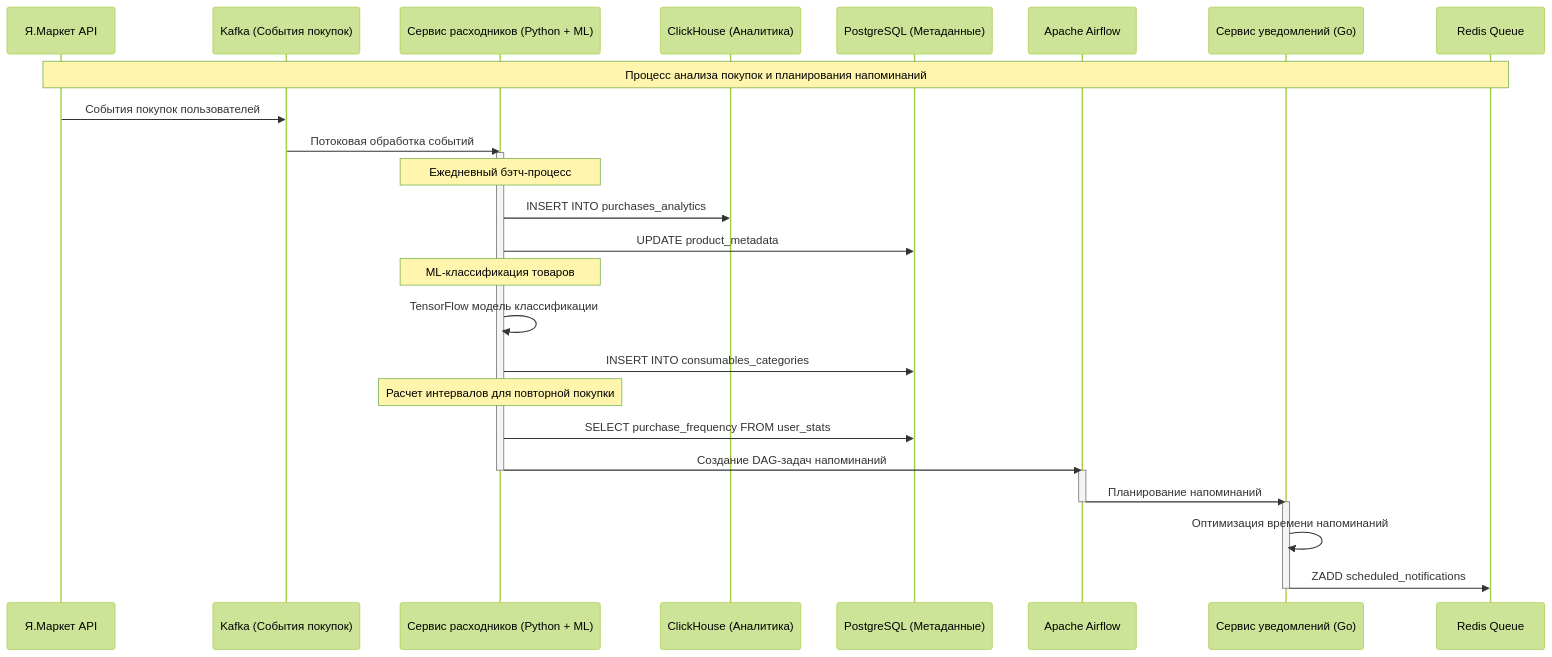
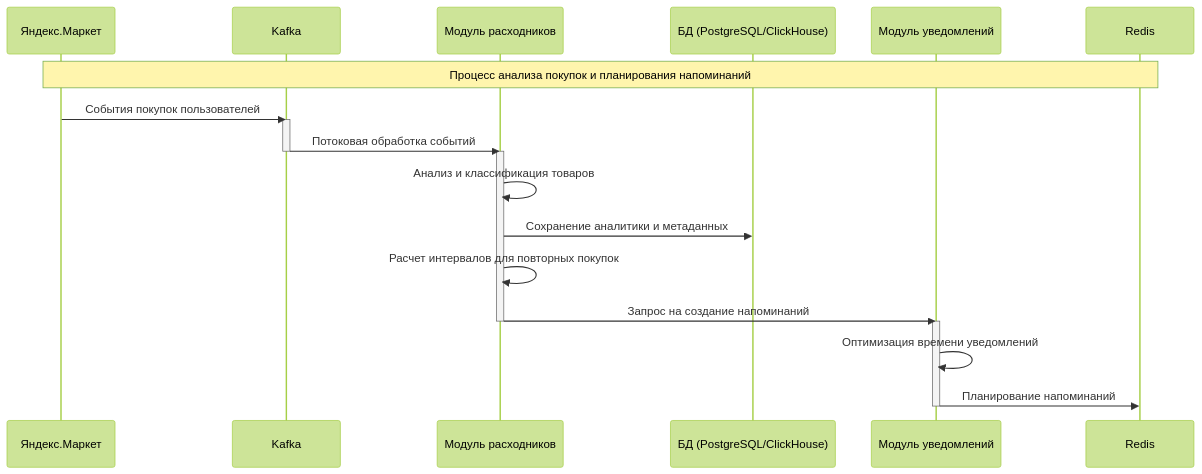
The second of 3 diagrams in README.md (aribnail/yandex_manager), drawn with Mermaid (forest theme) before and after one commit. The commit also changed other lines of this file, not shown here.

Commit message:
Упростил архитектуру, улучшил визуализацию диаграмм и стрелок

````diff
--- a/README.md
+++ b/README.md
@@ -109,42 +105,30 @@
 ```mermaid
 sequenceDiagram
-    participant YM as Я.Маркет API
-    participant KAF as Kafka (События покупок)
-    participant SR as Сервис расходников (Python + ML)
-    participant CH as ClickHouse (Аналитика)
-    participant PG as PostgreSQL (Метаданные)
-    participant AF as Apache Airflow
-    participant SU as Сервис уведомлений (Go)
-    participant RQ as Redis Queue
+    participant Market as Яндекс.Маркет
+    participant Kafka
+    participant Module as Модуль расходников
+    participant DB as БД (PostgreSQL/ClickHouse)
+    participant NotificationModule as Модуль уведомлений
+    participant Redis
     
-    Note over YM, RQ: Процесс анализа покупок и планирования напоминаний
+    Note over Market, Redis: Процесс анализа покупок и планирования напоминаний
     
-    YM ->> KAF: События покупок пользователей
-    KAF ->> SR: Потоковая обработка событий
+    Market ->> Kafka: События покупок пользователей
+    activate Kafka
+    Kafka ->> Module: Потоковая обработка событий
+    deactivate Kafka
     
-    activate SR
-    Note over SR: Ежедневный бэтч-процесс
+    activate Module
+    Module ->> Module: Анализ и классификация товаров
+    Module ->> DB: Сохранение аналитики и метаданных
     
-    SR ->> CH: INSERT INTO purchases_analytics
-    SR ->> PG: UPDATE product_metadata
+    Module ->> Module: Расчет интервалов для повторных покупок
     
-    Note over SR: ML-классификация товаров
-    SR ->> SR: TensorFlow модель классификации
+    Module ->> NotificationModule: Запрос на создание напоминаний
+    deactivate Module
     
-    SR ->> PG: INSERT INTO consumables_categories
-    
-    Note over SR: Расчет интервалов для повторной покупки
-    SR ->> PG: SELECT purchase_frequency FROM user_stats
-    
-    SR ->> AF: Создание DAG-задач напоминаний
-    deactivate SR
-    
-    activate AF
-    AF ->> SU: Планирование напоминаний
-    deactivate AF
-    
-    activate SU
-    SU ->> SU: Оптимизация времени напоминаний
-    SU ->> RQ: ZADD scheduled_notifications
-    deactivate SU
+    activate NotificationModule
+    NotificationModule ->> NotificationModule: Оптимизация времени уведомлений
+    NotificationModule ->> Redis: Планирование напоминаний
+    deactivate NotificationModule
 ```
````
